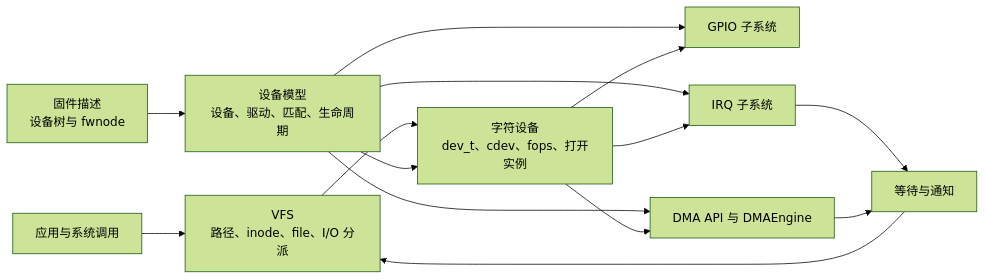
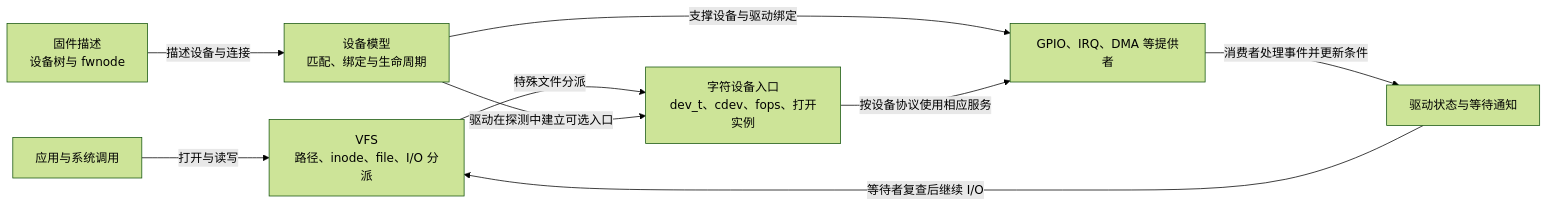
One commit to FormingSystem/linux_note changed the diagram in atlas/roadmaps/linux_io_driver_subsystems.md. Above: the diagram before and after it, drawn with Mermaid (forest theme). The commit also changed other lines of this file and 6 other files, not shown here.

````diff
--- a/atlas/roadmaps/linux_io_driver_subsystems.md
+++ b/atlas/roadmaps/linux_io_driver_subsystems.md
@@ -20,18 +20,11 @@
 ```mermaid
 flowchart LR
-    APP["应用与系统调用"] --> VFS["VFS\n路径、inode、file、I/O 分派"]
-    VFS --> CHAR["字符设备\ndev_t、cdev、fops、打开实例"]
-
-    DT["固件描述\n设备树与 fwnode"] --> DM["设备模型\n设备、驱动、匹配、生命周期"]
-    DM --> CHAR
-    DM --> GPIO["GPIO 子系统"]
-    DM --> IRQ["IRQ 子系统"]
-    DM --> DMA["DMA API 与 DMAEngine"]
-
-    CHAR --> GPIO
-    CHAR --> IRQ
-    CHAR --> DMA
-    IRQ --> WAIT["等待与通知"]
-    DMA --> WAIT
-    WAIT --> VFS
+    app["应用与系统调用"] -->|"打开与读写"| vfs["VFS<br/>路径、inode、file、I/O 分派"]
+    vfs -->|"特殊文件分派"| character["字符设备入口<br/>dev_t、cdev、fops、打开实例"]
+    firmware["固件描述<br/>设备树与 fwnode"] -->|"描述设备与连接"| device_model["设备模型<br/>匹配、绑定与生命周期"]
+    device_model -->|"驱动在探测中建立可选入口"| character
+    device_model -->|"支撑设备与驱动绑定"| providers["GPIO、IRQ、DMA 等提供者"]
+    character -->|"按设备协议使用相应服务"| providers
+    providers -->|"消费者处理事件并更新条件"| waiting["驱动状态与等待通知"]
+    waiting -->|"等待者复查后继续 I/O"| vfs
 ```
````
